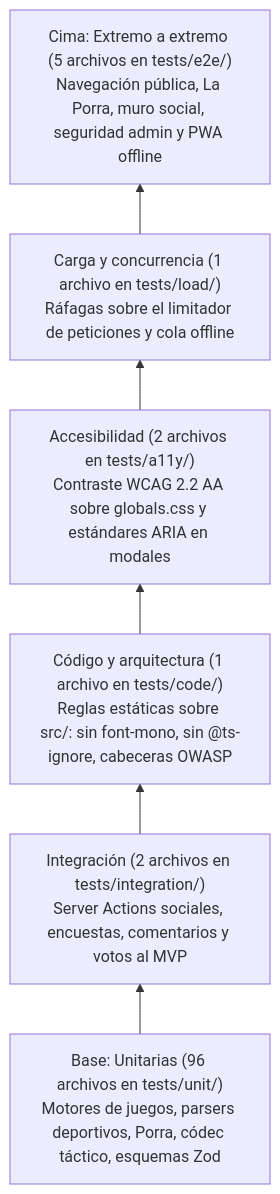
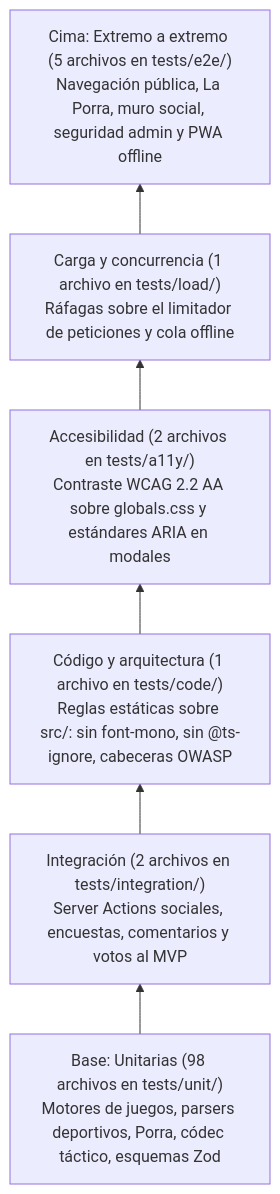
Diagram 32 of 32 in docs/MEMORIA_TECNICA.md (MarcoLorenzoMartinez/mareona), drawn with Mermaid before and after one commit. The commit also changed other lines of this file and 75 other files, not shown here.

````diff
--- a/docs/MEMORIA_TECNICA.md
+++ b/docs/MEMORIA_TECNICA.md
@@ -1336,11 +1353,11 @@
 ```mermaid
 flowchart BT
-    L1["Base: Unitarias (96 archivos en tests/unit/)\nMotores de juegos, parsers deportivos, Porra, códec táctico, esquemas Zod"]
+    L1["Base: Unitarias (98 archivos en tests/unit/)\nMotores de juegos, parsers deportivos, Porra, códec táctico, esquemas Zod"]
     L2["Integración (2 archivos en tests/integration/)\nServer Actions sociales, encuestas, comentarios y votos al MVP"]
     L3["Código y arquitectura (1 archivo en tests/code/)\nReglas estáticas sobre src/: sin font-mono, sin @ts-ignore, cabeceras OWASP"]
     L4["Accesibilidad (2 archivos en tests/a11y/)\nContraste WCAG 2.2 AA sobre globals.css y estándares ARIA en modales"]
     L5["Carga y concurrencia (1 archivo en tests/load/)\nRáfagas sobre el limitador de peticiones y cola offline"]
     L6["Cima: Extremo a extremo (5 archivos en tests/e2e/)\nNavegación pública, La Porra, muro social, seguridad admin y PWA offline"]
 
     L1 --> L2 --> L3 --> L4 --> L5 --> L6
 ```
````
